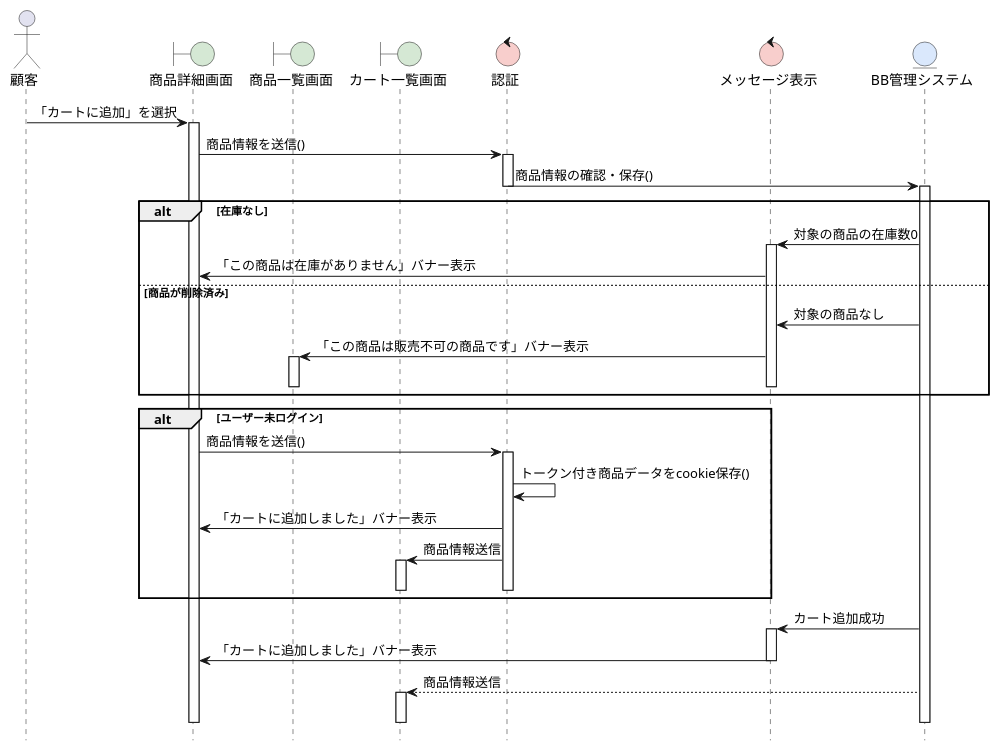
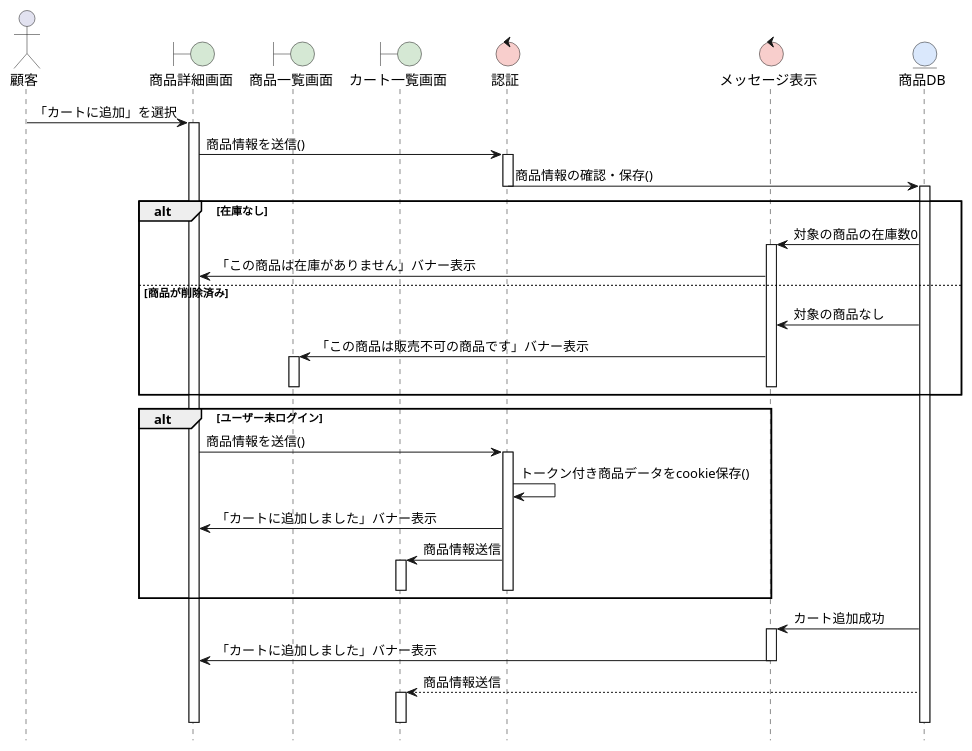
The diagram in BB/sequence_cart.pu (FujikawaHirono0520/group3_1_dogdog), drawn with PlantUML before and after one commit. The commit also changed 1 other file, not shown here.

```diff
--- a/BB/sequence_cart.pu
+++ b/BB/sequence_cart.pu
@@ -1,63 +1,63 @@
 @startuml
 hide footbox
 skinparam boundaryBackgroundColor #D5E8D4
 skinparam controlBackgroundColor  #F8CECC
 skinparam entityBackgroundColor   #DAE8FC
 
 actor 顧客 as user
 boundary 商品詳細画面 as B1
 boundary 商品一覧画面 as B2
 boundary カート一覧画面 as B3
 control 認証 as C1
 control メッセージ表示 as C2
-entity BB管理システム as E
+entity 商品DB as E
 
 user -> B1: 「カートに追加」を選択
 activate B1
 
 B1 -> C1: 商品情報を送信()
 activate C1
 C1 -> E: 商品情報の確認・保存()
 deactivate C1
 activate E
 
 alt 在庫なし
     E -> C2: 対象の商品の在庫数0
     activate C2
     C2 -> B1: 「この商品は在庫がありません」バナー表示
     deactivate C1
 else 商品が削除済み
     E -> C2: 対象の商品なし
     C2 -> B2: 「この商品は販売不可の商品です」バナー表示
     activate B2
     deactivate C1
     deactivate B2
     deactivate C2
 
 end
 
 alt ユーザー未ログイン
     B1 -> C1: 商品情報を送信()
     activate C1
     C1 -> C1: トークン付き商品データをcookie保存()
     C1 -> B1: 「カートに追加しました」バナー表示
     C1 -> B3: 商品情報送信
     activate B3
     deactivate C1
     deactivate B3
 
 end
 
 E -> C2: カート追加成功
 activate C2
 C2 -> B1: 「カートに追加しました」バナー表示
 deactivate C2
 E --> B3: 商品情報送信
 activate B3
 deactivate B3
 deactivate E
 deactivate C1
 deactivate B1
 
 
 @enduml
```
